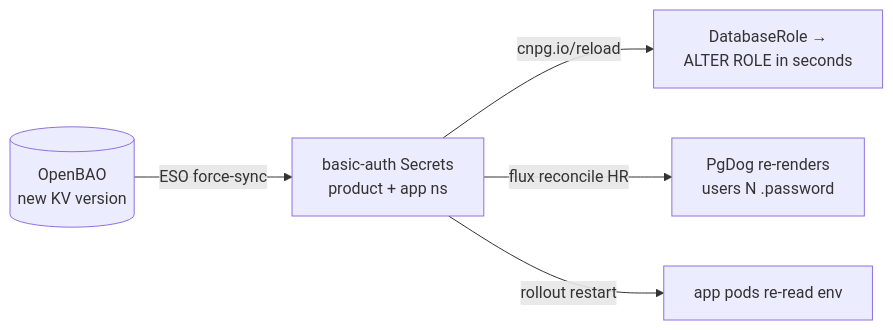
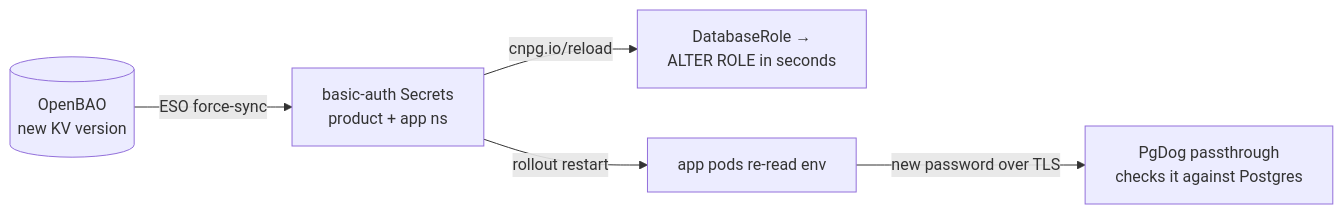
The diagram in docs/databases/runbooks/rotate-cnpg-service-password.md (duynhlab/homelab), drawn with Mermaid before and after one commit. The commit also changed other lines of this file and 13 other files, not shown here.

First line of the commit message:
Authenticate PgDog clients by passthrough (#1300)

````diff
--- a/docs/databases/runbooks/rotate-cnpg-service-password.md
+++ b/docs/databases/runbooks/rotate-cnpg-service-password.md
@@ -21,7 +21,7 @@
 ```mermaid
 flowchart LR
     OB[(OpenBAO<br/>new KV version)] -->|ESO force-sync| S[basic-auth Secrets<br/>product + app ns]
     S -->|cnpg.io/reload| R[DatabaseRole →<br/>ALTER ROLE in seconds]
-    S -->|flux reconcile HR| P[PgDog re-renders<br/>users N .password]
     S -->|rollout restart| A[app pods re-read env]
+    A -->|new password over TLS| P[PgDog passthrough<br/>checks it against Postgres]
 ```
````
